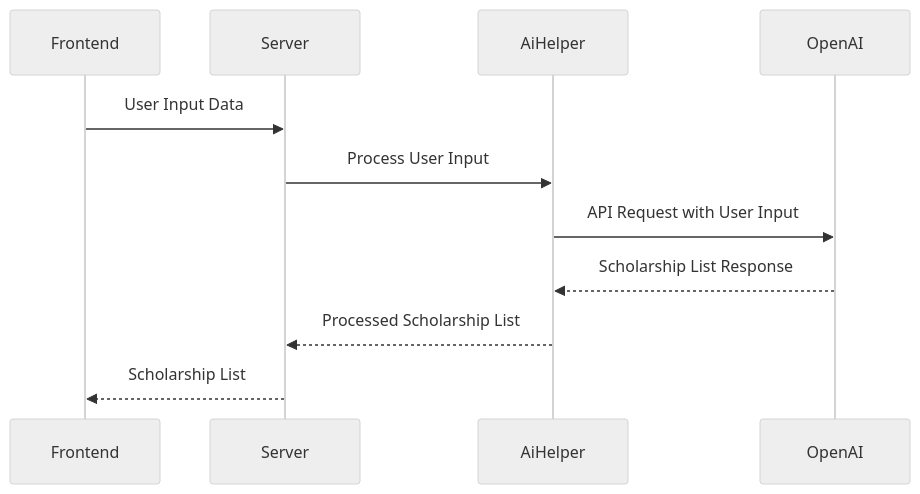
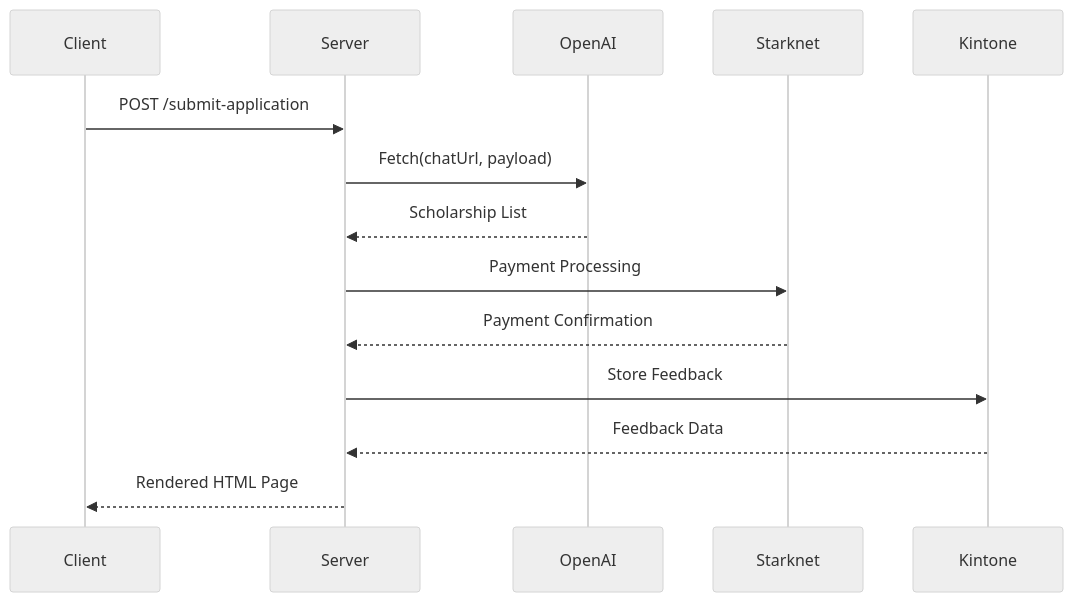
The second of 2 diagrams in wiki/Overview/Getting Started.md (agattani123/Fast-Fa), drawn with Mermaid (neutral theme) before and after one commit. The commit also changed other lines of this file and 7 other files, not shown here.

````diff
--- a/wiki/Overview/Getting Started.md
+++ b/wiki/Overview/Getting Started.md
@@ -91,14 +43,17 @@
 ```mermaid
 sequenceDiagram
-    participant Frontend
+    participant Client
     participant Server
-    participant AiHelper
     participant OpenAI
+    participant Starknet
+    participant Kintone
 
-    Frontend->>Server: User Input Data
-    Server->>AiHelper: Process User Input
-    AiHelper->>OpenAI: API Request with User Input
-    OpenAI-->>AiHelper: Scholarship List Response
-    AiHelper-->>Server: Processed Scholarship List
-    Server-->>Frontend: Scholarship List
+    Client->>Server: POST /submit-application
+    Server->>OpenAI: Fetch(chatUrl, payload)
+    OpenAI-->>Server: Scholarship List
+    Server->>Starknet: Payment Processing
+    Starknet-->>Server: Payment Confirmation
+    Server->>Kintone: Store Feedback
+    Kintone-->>Server: Feedback Data
+    Server-->>Client: Rendered HTML Page
 ```
````
